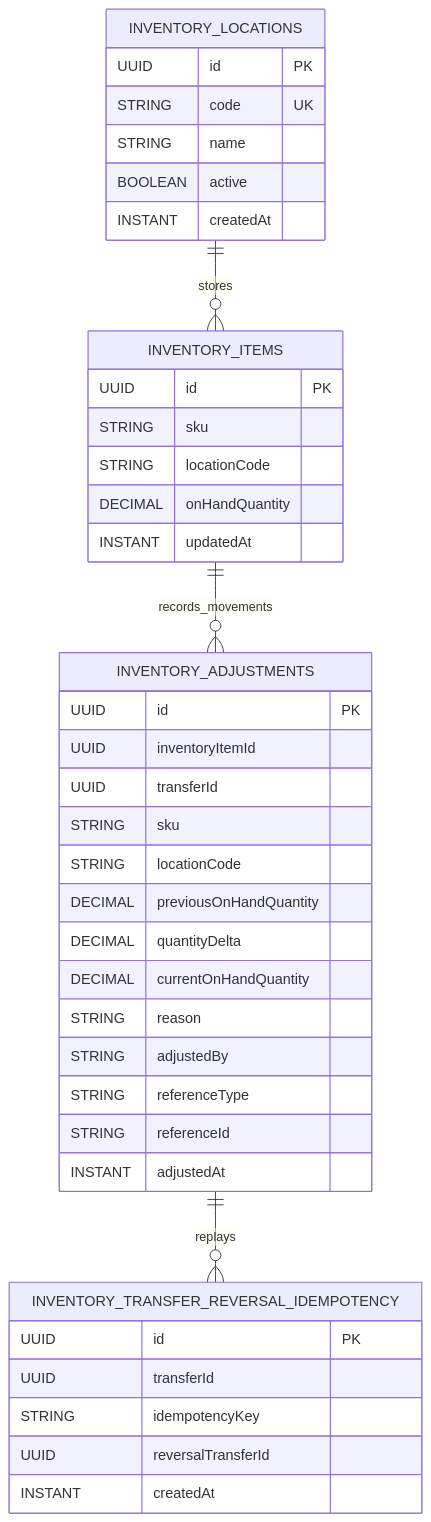
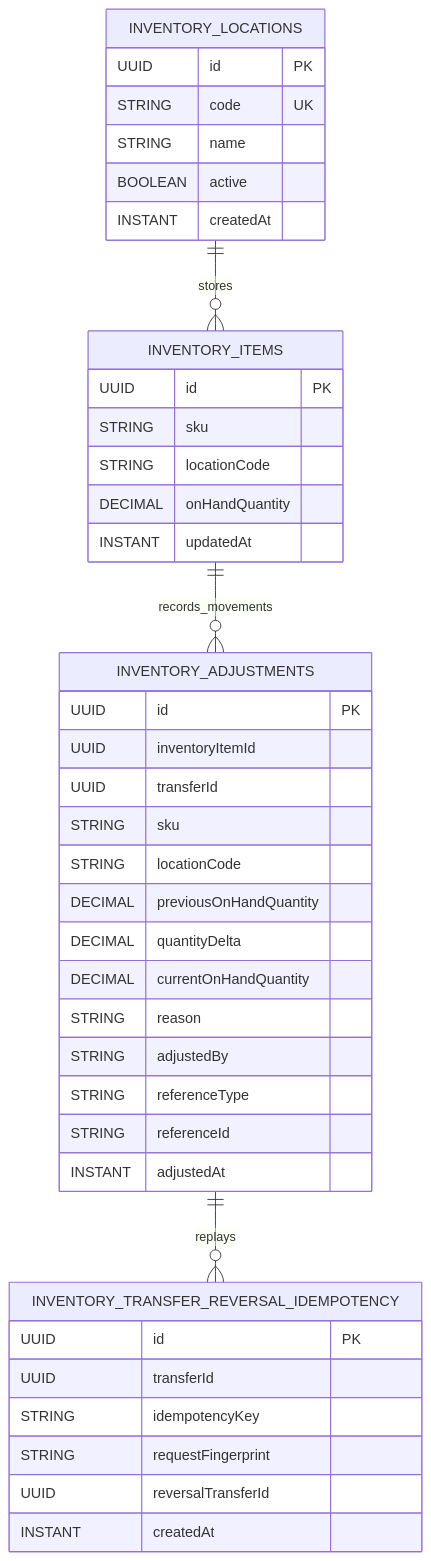
The diagram in docs/inventory-data-model.md (ArcanaERP/platform), drawn with Mermaid before and after one commit. The commit also changed other lines of this file and 6 other files, not shown here.

````diff
--- a/docs/inventory-data-model.md
+++ b/docs/inventory-data-model.md
@@ -7,46 +7,47 @@
 ```mermaid
 erDiagram
     INVENTORY_LOCATIONS ||--o{ INVENTORY_ITEMS : stores
     INVENTORY_ITEMS ||--o{ INVENTORY_ADJUSTMENTS : records_movements
     INVENTORY_ADJUSTMENTS ||--o{ INVENTORY_TRANSFER_REVERSAL_IDEMPOTENCY : replays
 
     INVENTORY_LOCATIONS {
       UUID id PK
       STRING code UK
       STRING name
       BOOLEAN active
       INSTANT createdAt
     }
 
     INVENTORY_ITEMS {
       UUID id PK
       STRING sku
       STRING locationCode
       DECIMAL onHandQuantity
       INSTANT updatedAt
     }
 
     INVENTORY_ADJUSTMENTS {
       UUID id PK
       UUID inventoryItemId
       UUID transferId
       STRING sku
       STRING locationCode
       DECIMAL previousOnHandQuantity
       DECIMAL quantityDelta
       DECIMAL currentOnHandQuantity
       STRING reason
       STRING adjustedBy
       STRING referenceType
       STRING referenceId
       INSTANT adjustedAt
     }
 
     INVENTORY_TRANSFER_REVERSAL_IDEMPOTENCY {
       UUID id PK
       UUID transferId
       STRING idempotencyKey
+      STRING requestFingerprint
       UUID reversalTransferId
       INSTANT createdAt
     }
 ```
````
